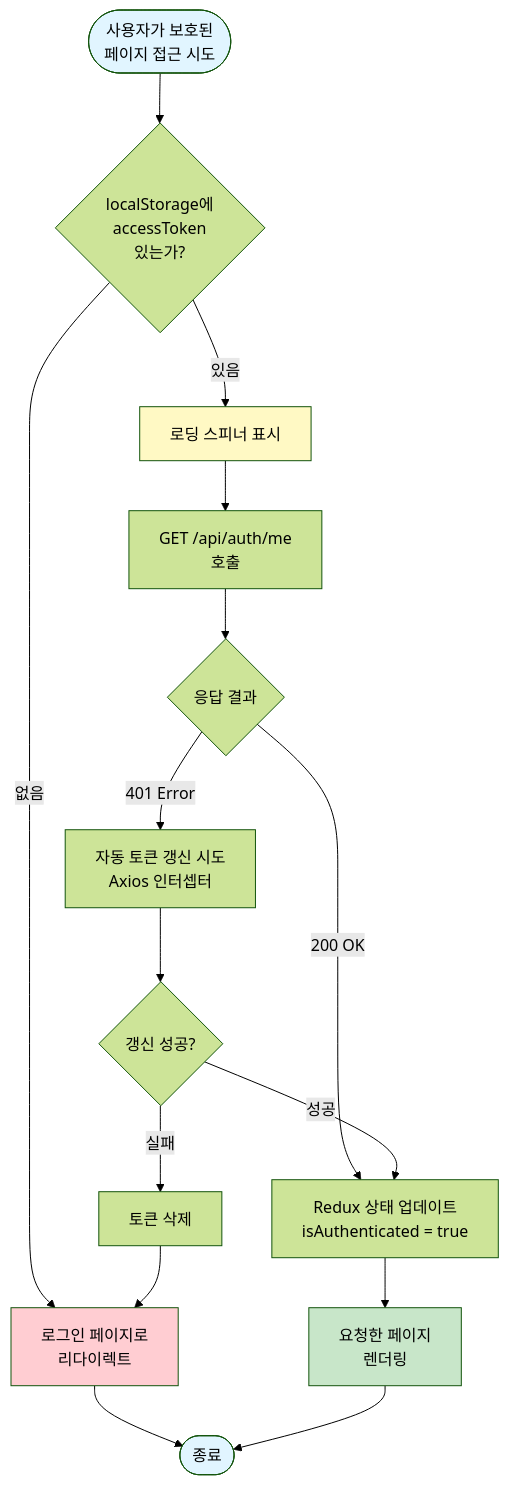
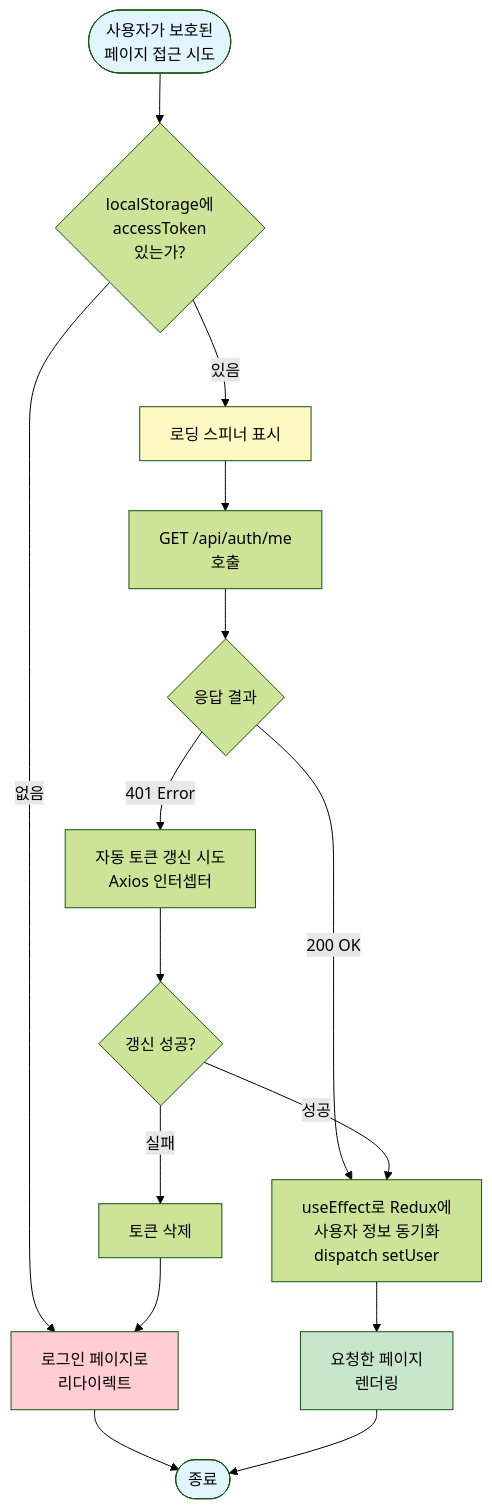
The third of 5 diagrams in docs/authentication-flow.md (sangheonkimme/worklife-dashboard), drawn with Mermaid (forest theme) before and after one commit. The commit also changed other lines of this file, not shown here.

Commit message:
docs : 프론트 인증 플로우 문서 수정

````diff
--- a/docs/authentication-flow.md
+++ b/docs/authentication-flow.md
@@ -155,32 +155,32 @@
 ```mermaid
 flowchart TD
     Start([사용자가 보호된<br/>페이지 접근 시도]) --> CheckToken{localStorage에<br/>accessToken<br/>있는가?}
 
     CheckToken -->|없음| RedirectLogin[로그인 페이지로<br/>리다이렉트]
     CheckToken -->|있음| ShowLoader[로딩 스피너 표시]
 
     ShowLoader --> CallMeAPI[GET /api/auth/me<br/>호출]
 
     CallMeAPI --> CheckResponse{응답 결과}
 
-    CheckResponse -->|200 OK| UpdateRedux[Redux 상태 업데이트<br/>isAuthenticated = true]
+    CheckResponse -->|200 OK| SyncToRedux[useEffect로 Redux에<br/>사용자 정보 동기화<br/>dispatch setUser]
     CheckResponse -->|401 Error| TryRefresh[자동 토큰 갱신 시도<br/>Axios 인터셉터]
 
     TryRefresh --> RefreshResult{갱신 성공?}
 
-    RefreshResult -->|성공| UpdateRedux
+    RefreshResult -->|성공| SyncToRedux
     RefreshResult -->|실패| ClearToken[토큰 삭제]
 
     ClearToken --> RedirectLogin
 
-    UpdateRedux --> RenderPage[요청한 페이지<br/>렌더링]
+    SyncToRedux --> RenderPage[요청한 페이지<br/>렌더링]
 
     RedirectLogin --> End([종료])
     RenderPage --> End
 
     style Start fill:#e1f5ff
     style End fill:#e1f5ff
     style RenderPage fill:#c8e6c9
     style RedirectLogin fill:#ffcdd2
     style ShowLoader fill:#fff9c4
 ```
````
